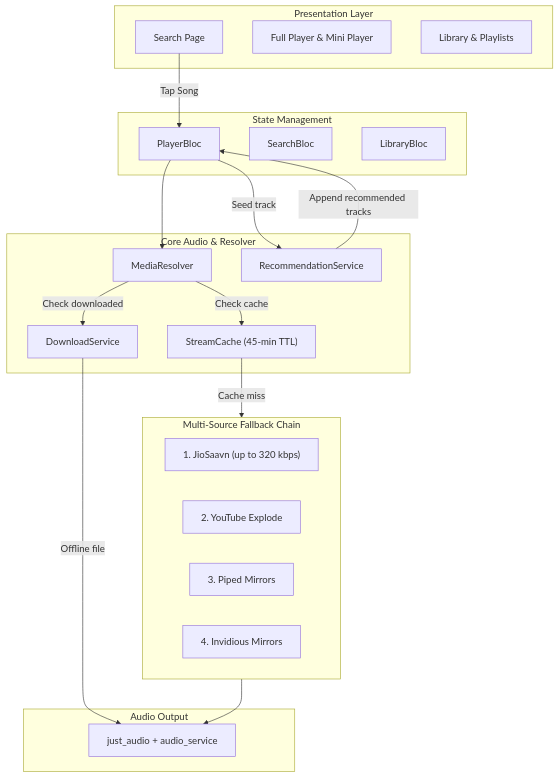
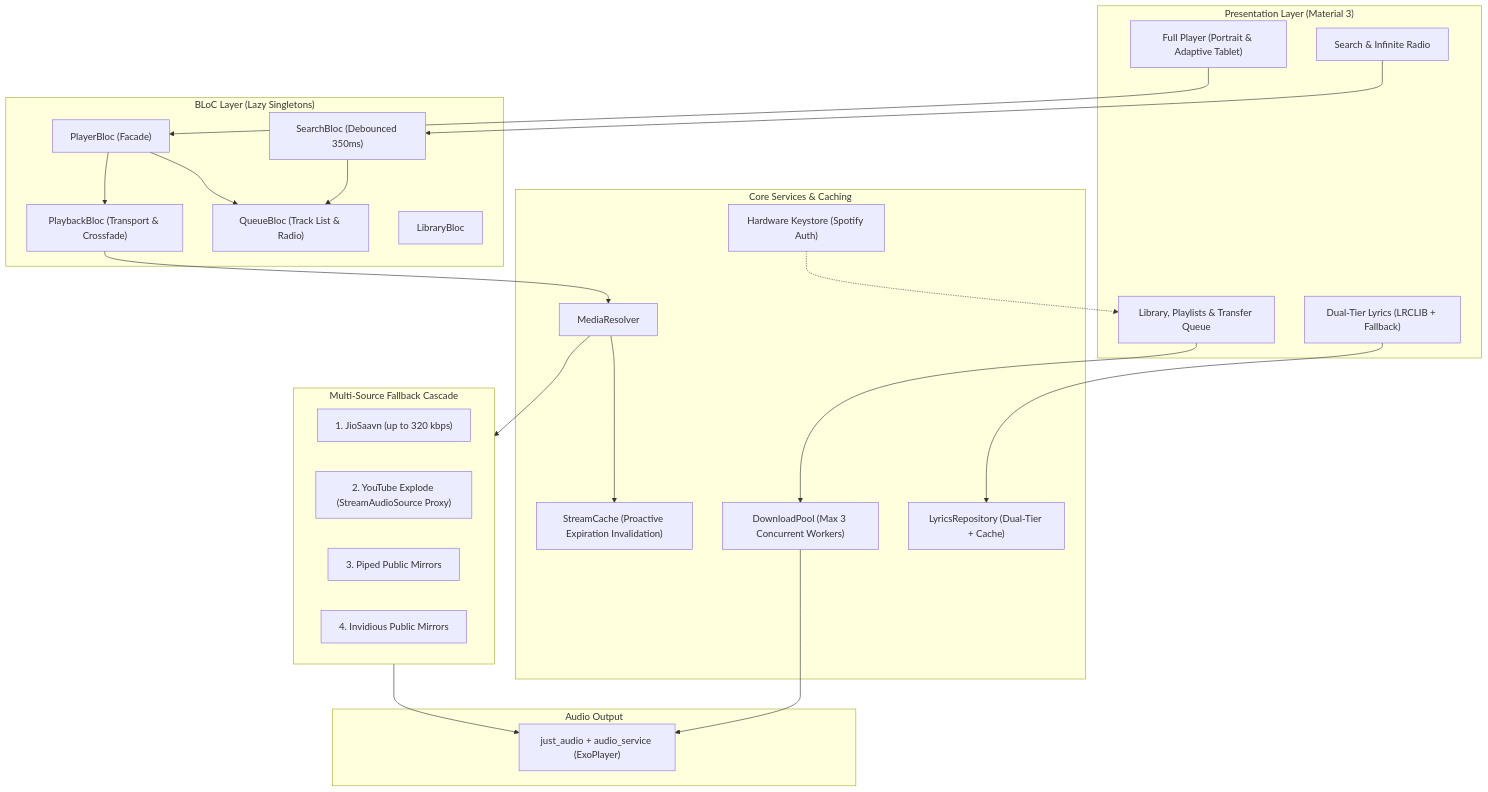
The diagram in README.md (Jeswanth-009/Prism-Music), drawn with Mermaid before and after one commit. The commit also changed other lines of this file, not shown here.

Commit message:
docs(readme): update README to v0.2.77 with latest features, architecture, and open-source guides

````diff
--- a/README.md
+++ b/README.md
@@ -105,42 +127,48 @@
 ```mermaid
 flowchart TD
-    subgraph UI ["Presentation Layer"]
-        Search["Search Page"]
-        Player["Full Player & Mini Player"]
-        Lib["Library & Playlists"]
+    subgraph UI ["Presentation Layer (Material 3)"]
+        Search["Search & Infinite Radio"]
+        Player["Full Player (Portrait & Adaptive Tablet)"]
+        Lyrics["Dual-Tier Lyrics (LRCLIB + Fallback)"]
+        Lib["Library, Playlists & Transfer Queue"]
     end
 
-    subgraph Bloc ["State Management"]
-        PB["PlayerBloc"]
-        SB["SearchBloc"]
+    subgraph State ["BLoC Layer (Lazy Singletons)"]
+        PB["PlayerBloc (Facade)"]
+        PBB["PlaybackBloc (Transport & Crossfade)"]
+        QB["QueueBloc (Track List & Radio)"]
+        SB["SearchBloc (Debounced 350ms)"]
         LB["LibraryBloc"]
     end
 
-    subgraph AudioEngine ["Core Audio & Resolver"]
+    subgraph CoreEngine ["Core Services & Caching"]
         MR["MediaResolver"]
-        SC["StreamCache (45-min TTL)"]
-        RS["RecommendationService"]
-        DL["DownloadService"]
+        SC["StreamCache (Proactive Expiration Invalidation)"]
+        DL["DownloadPool (Max 3 Concurrent Workers)"]
+        KS["Hardware Keystore (Spotify Auth)"]
+        LR["LyricsRepository (Dual-Tier + Cache)"]
     end
 
-    subgraph FallbackChain ["Multi-Source Fallback Chain"]
+    subgraph FallbackChain ["Multi-Source Fallback Cascade"]
         JIO["1. JioSaavn (up to 320 kbps)"]
-        YTE["2. YouTube Explode"]
-        PIP["3. Piped Mirrors"]
-        INV["4. Invidious Mirrors"]
+        YTE["2. YouTube Explode (StreamAudioSource Proxy)"]
+        PIP["3. Piped Public Mirrors"]
+        INV["4. Invidious Public Mirrors"]
     end
 
-    subgraph PlayerService ["Audio Output"]
-        JA["just_audio + audio_service"]
+    subgraph AudioEngine ["Audio Output"]
+        JA["just_audio + audio_service (ExoPlayer)"]
     end
 
-    Search -->|Tap Song| PB
-    PB -->|Seed track| RS
-    RS -->|Append recommended tracks| PB
-    PB --> MR
-    MR -->|Check downloaded| DL
-    MR -->|Check cache| SC
-    SC -->|Cache miss| FallbackChain
+    Search --> SB --> QB
+    Player --> PB
+    PB --> PBB & QB
+    PBB --> MR
+    MR --> SC
+    MR --> FallbackChain
     FallbackChain --> JA
-    DL -->|Offline file| JA
+    DL --> JA
+    Lib --> DL
+    KS -.-> Lib
+    Lyrics --> LR
 ```
````
